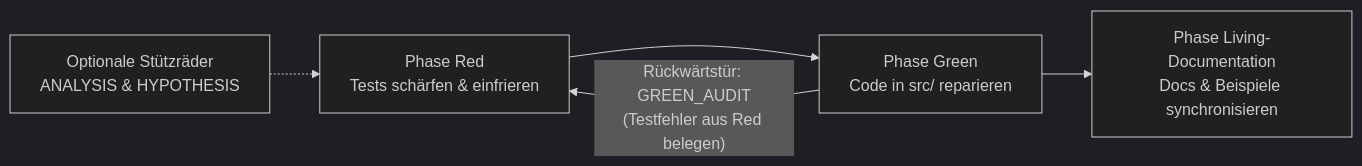
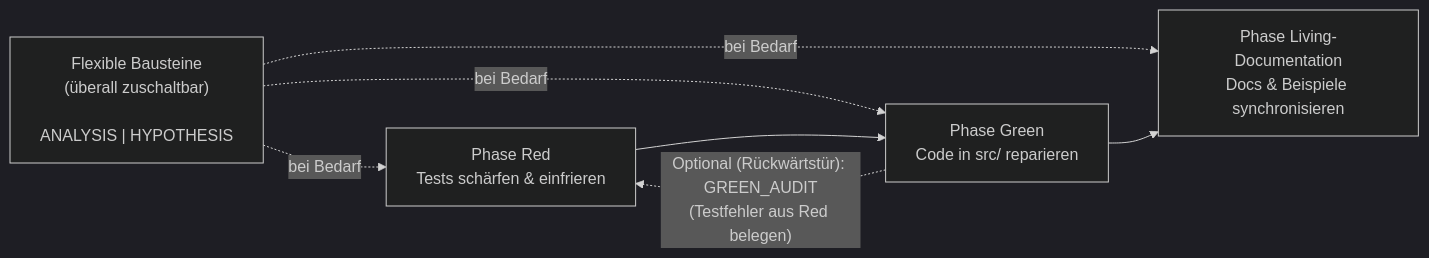
The diagram in docs/GUIDE_TGD.md (Chronuid/qb-cubie), drawn with Mermaid (dark theme) before and after one commit. The commit also changed other lines of this file and 2 other files, not shown here.

````diff
--- a/docs/GUIDE_TGD.md
+++ b/docs/GUIDE_TGD.md
@@ -36,7 +38,10 @@
 ```mermaid
 flowchart LR
-    Opt["Optionale Stützräder<br/>ANALYSIS & HYPOTHESIS"] -.-> Red
+    Opt["Flexible Bausteine \n(überall zuschaltbar)\n<br/>ANALYSIS | HYPOTHESIS"] -. "bei Bedarf" .-> Red
+    Opt -. "bei Bedarf" .-> Green
+    Opt -. "bei Bedarf" .-> Docs
+
     Red["Phase Red<br/>Tests schärfen & einfrieren"] --> Green["Phase Green<br/>Code in src/ reparieren"]
     Green --> Docs["Phase Living-Documentation<br/>Docs & Beispiele synchronisieren"]
-    Green -- "Rückwärtstür: GREEN_AUDIT<br/>(Testfehler aus Red belegen)" --> Red
+    Green -. "Optional (Rückwärtstür): GREEN_AUDIT<br/>(Testfehler aus Red belegen)" .-> Red
 ```
````
